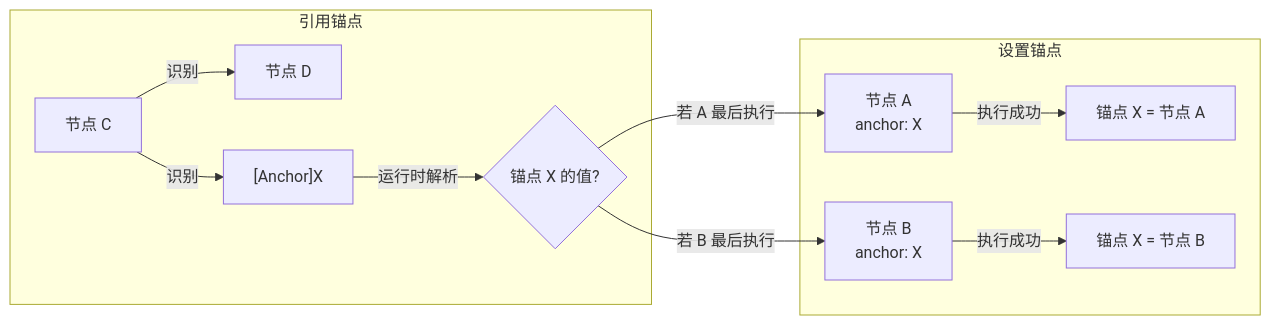
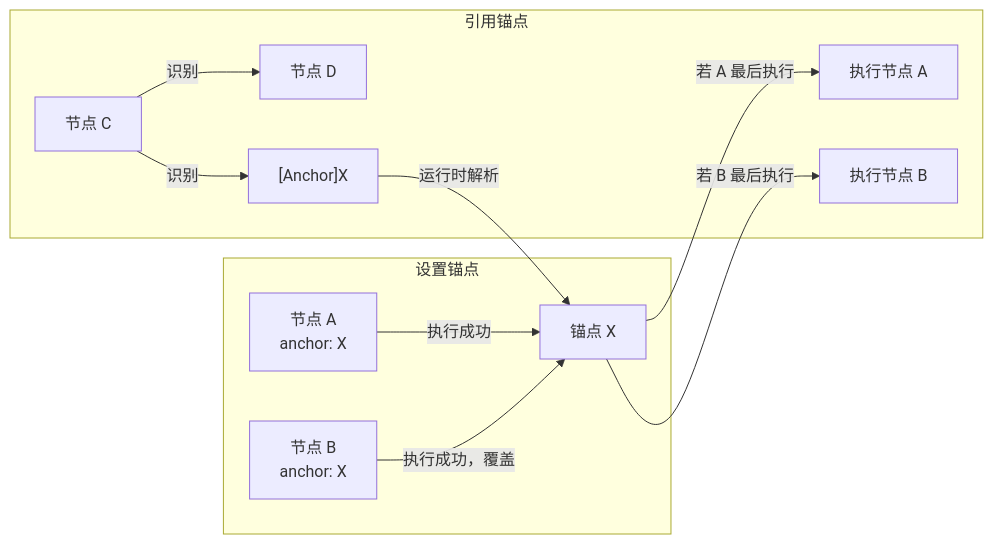
The fifth of 5 diagrams in docs/zh_cn/3.1-任务流水线协议.md (MaaXYZ/MaaFramework), drawn with Mermaid before and after one commit. The commit also changed 1 other file, not shown here.

Commit message:
Improve anchor diagram to better show single anchor value with overwriting behavior

````diff
--- a/docs/zh_cn/3.1-任务流水线协议.md
+++ b/docs/zh_cn/3.1-任务流水线协议.md
@@ -437,14 +437,14 @@
 ```mermaid
 graph LR
     subgraph 设置锚点
-        A[节点 A<br/>anchor: X] -->|执行成功| S1[锚点 X = 节点 A]
-        B[节点 B<br/>anchor: X] -->|执行成功| S2[锚点 X = 节点 B]
+        A[节点 A<br/>anchor: X] -->|执行成功| X[锚点 X]
+        B[节点 B<br/>anchor: X] -->|执行成功，覆盖| X
     end
     subgraph 引用锚点
         C[节点 C] -->|识别| D[节点 D]
         C -->|识别| E["[Anchor]X"]
-        E -->|运行时解析| F{锚点 X 的值?}
-        F -->|若 A 最后执行| A
-        F -->|若 B 最后执行| B
+        E -->|运行时解析| X
+        X -->|若 A 最后执行| RA[执行节点 A]
+        X -->|若 B 最后执行| RB[执行节点 B]
     end
 ```
````
